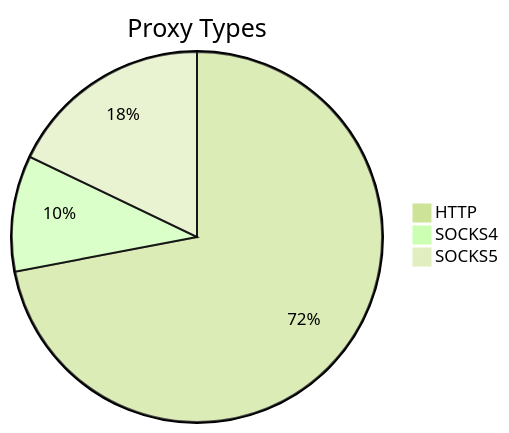
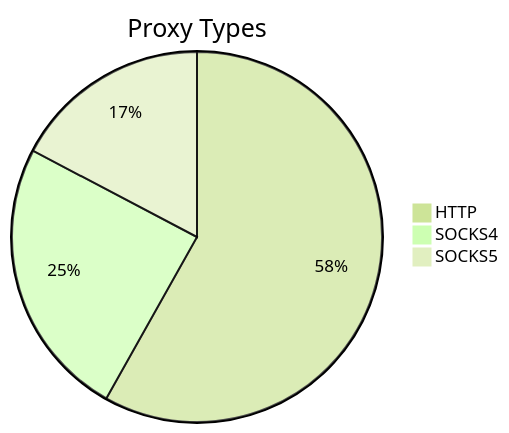
The first of 2 diagrams in README.md (stormsia/proxy-list), drawn with Mermaid (forest theme) before and after one commit. The commit also changed other lines of this file, not shown here.

````diff
--- a/README.md
+++ b/README.md
@@ -21,6 +21,6 @@
 ```mermaid
 pie title Proxy Types
-    "HTTP" : 306
-    "SOCKS4" : 43
-    "SOCKS5" : 76
+    "HTTP" : 464
+    "SOCKS4" : 196
+    "SOCKS5" : 138
 ```
````
